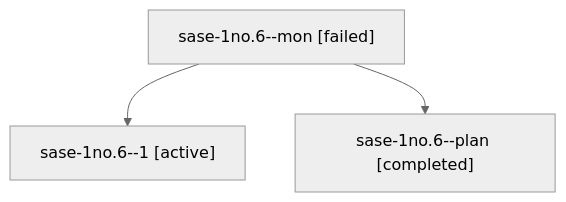
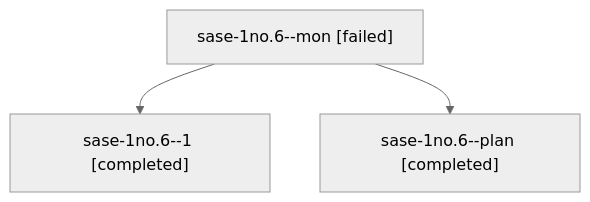
One commit to sase-org/sase--agents changed the diagram in sessions/bbugyi200.athena.sase-1no.6.md. Above: the diagram before and after it, drawn with Mermaid (neutral theme). The commit also changed other lines of this file and 113 other files, not shown here.

````diff
--- a/sessions/bbugyi200.athena.sase-1no.6.md
+++ b/sessions/bbugyi200.athena.sase-1no.6.md
@@ -9,8 +9,8 @@
 ```mermaid
 flowchart TD
   n0["sase-1no.6--mon [failed]"]
-  n1["sase-1no.6--1 [active]"]
+  n1["sase-1no.6--1 [completed]"]
   n0 --> n1
   n2["sase-1no.6--plan [completed]"]
   n0 --> n2
 ```
````
